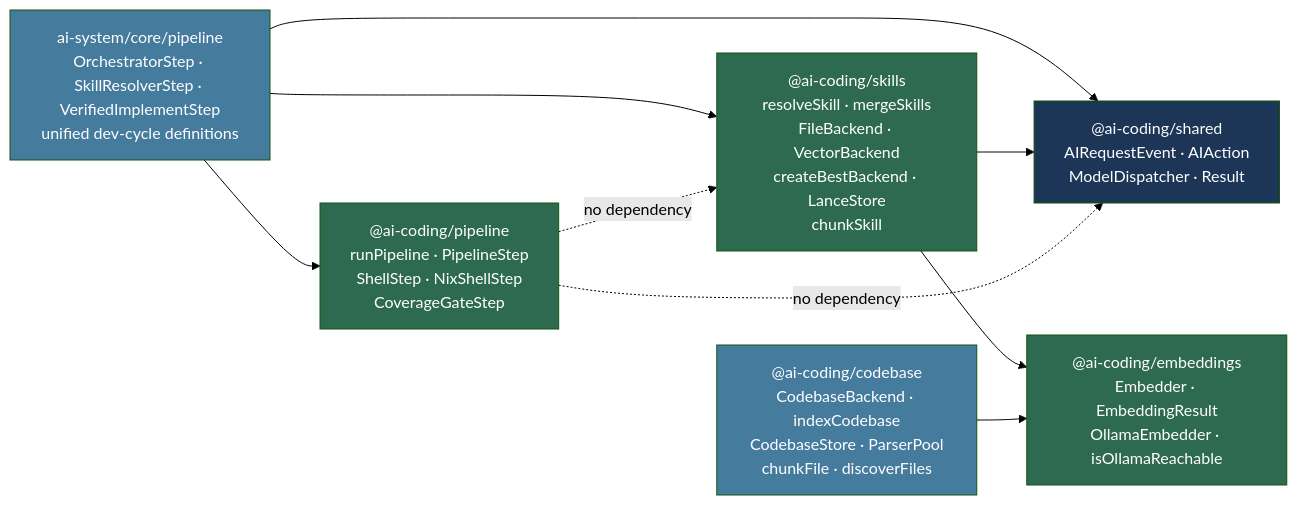
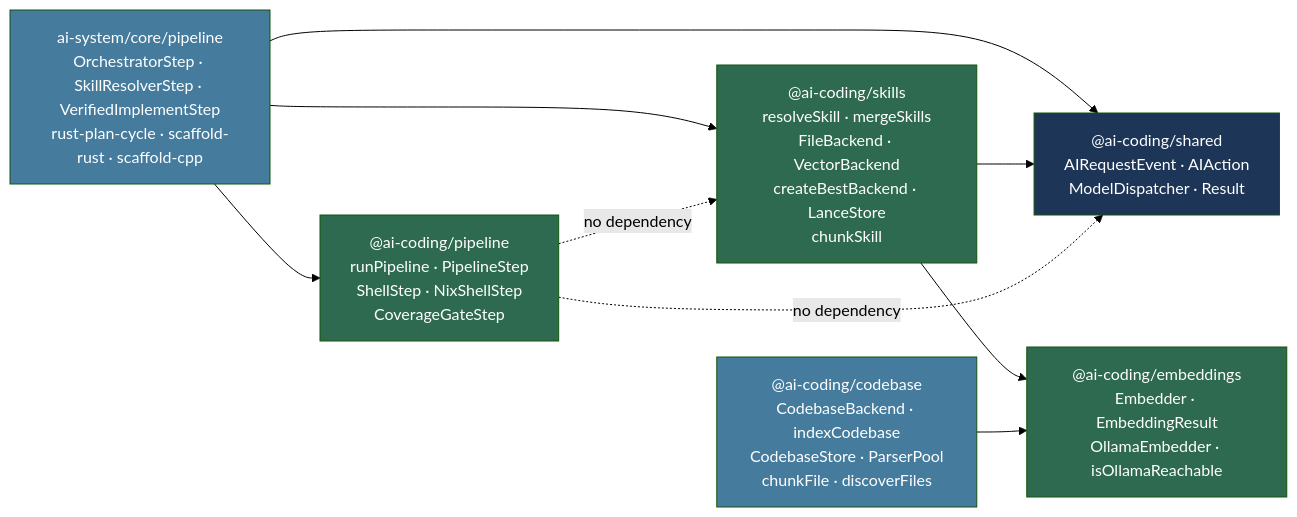
One commit to vansweej/ai-coding changed the second of 3 diagrams in docs/architecture.md. Above: the diagram before and after it, drawn with Mermaid (forest theme). The commit also changed other lines of this file and 5 other files, not shown here.

Commit message:
docs: retire dev-cycle alias references; document rust-plan-cycle

````diff
--- a/docs/architecture.md
+++ b/docs/architecture.md
@@ -85,25 +85,25 @@
 ```mermaid
 graph LR
     Shared["@ai-coding/shared\nAIRequestEvent · AIAction\nModelDispatcher · Result"]
     Embeddings["@ai-coding/embeddings\nEmbedder · EmbeddingResult\nOllamaEmbedder · isOllamaReachable"]
     Skills["@ai-coding/skills\nresolveSkill · mergeSkills\nFileBackend · VectorBackend\ncreateBestBackend · LanceStore\nchunkSkill"]
     Codebase["@ai-coding/codebase\nCodebaseBackend · indexCodebase\nCodebaseStore · ParserPool\nchunkFile · discoverFiles"]
     Pipeline["@ai-coding/pipeline\nrunPipeline · PipelineStep\nShellStep · NixShellStep\nCoverageGateStep"]
-    AISystem["ai-system/core/pipeline\nOrchestratorStep · SkillResolverStep · VerifiedImplementStep\nunified dev-cycle definitions"]
+    AISystem["ai-system/core/pipeline\nOrchestratorStep · SkillResolverStep · VerifiedImplementStep\nrust-plan-cycle · scaffold-rust · scaffold-cpp"]
 
     AISystem --> Pipeline
     AISystem --> Shared
     AISystem --> Skills
     Skills --> Shared
     Skills --> Embeddings
     Codebase --> Embeddings
     Pipeline -.->|"no dependency"| Shared
     Pipeline -.->|"no dependency"| Skills
 
     style Pipeline fill:#2d6a4f,color:#fff
     style Shared fill:#1d3557,color:#fff
     style Skills fill:#2d6a4f,color:#fff
     style Embeddings fill:#2d6a4f,color:#fff
     style Codebase fill:#457b9d,color:#fff
     style AISystem fill:#457b9d,color:#fff
 ```
````
